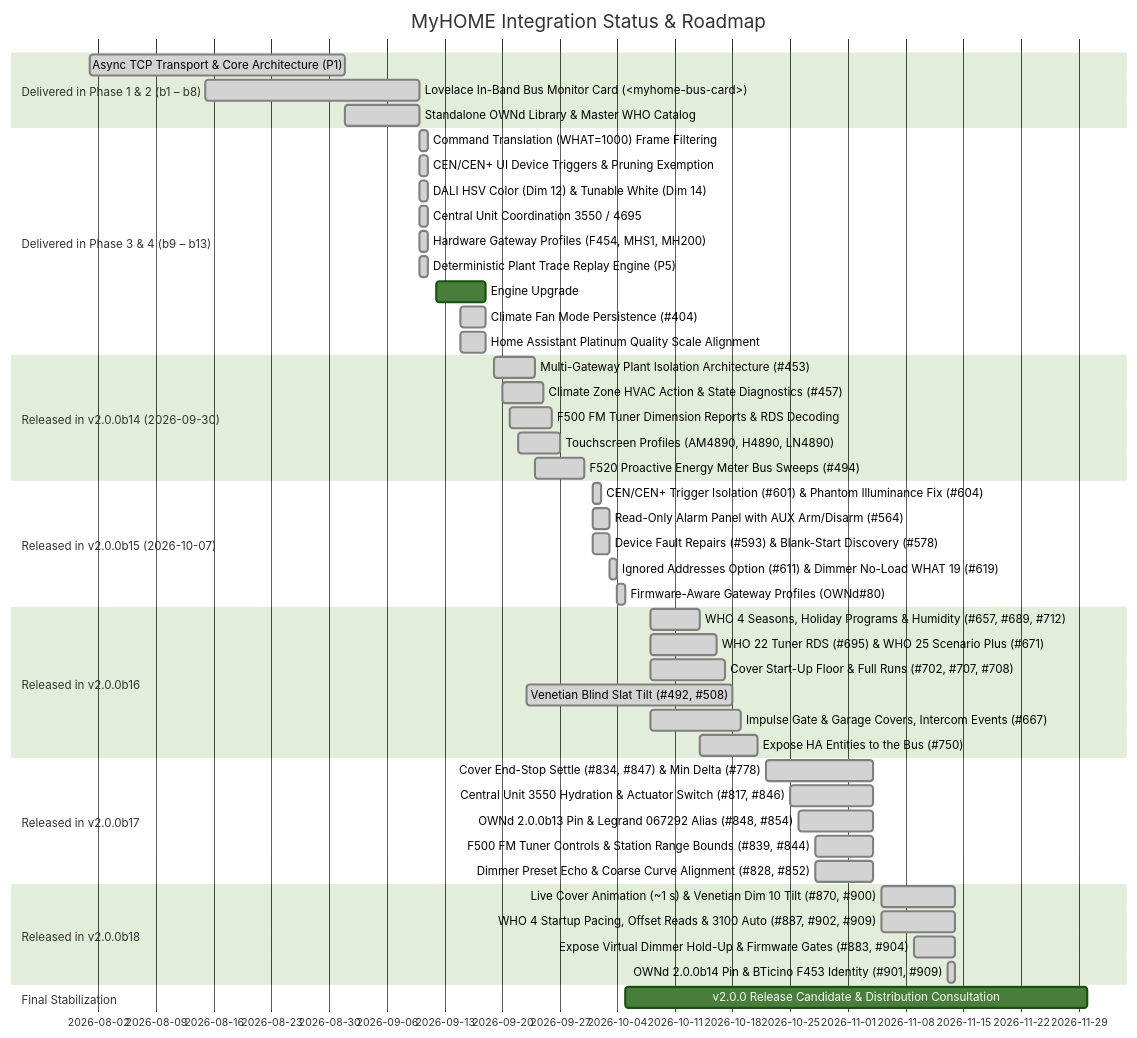
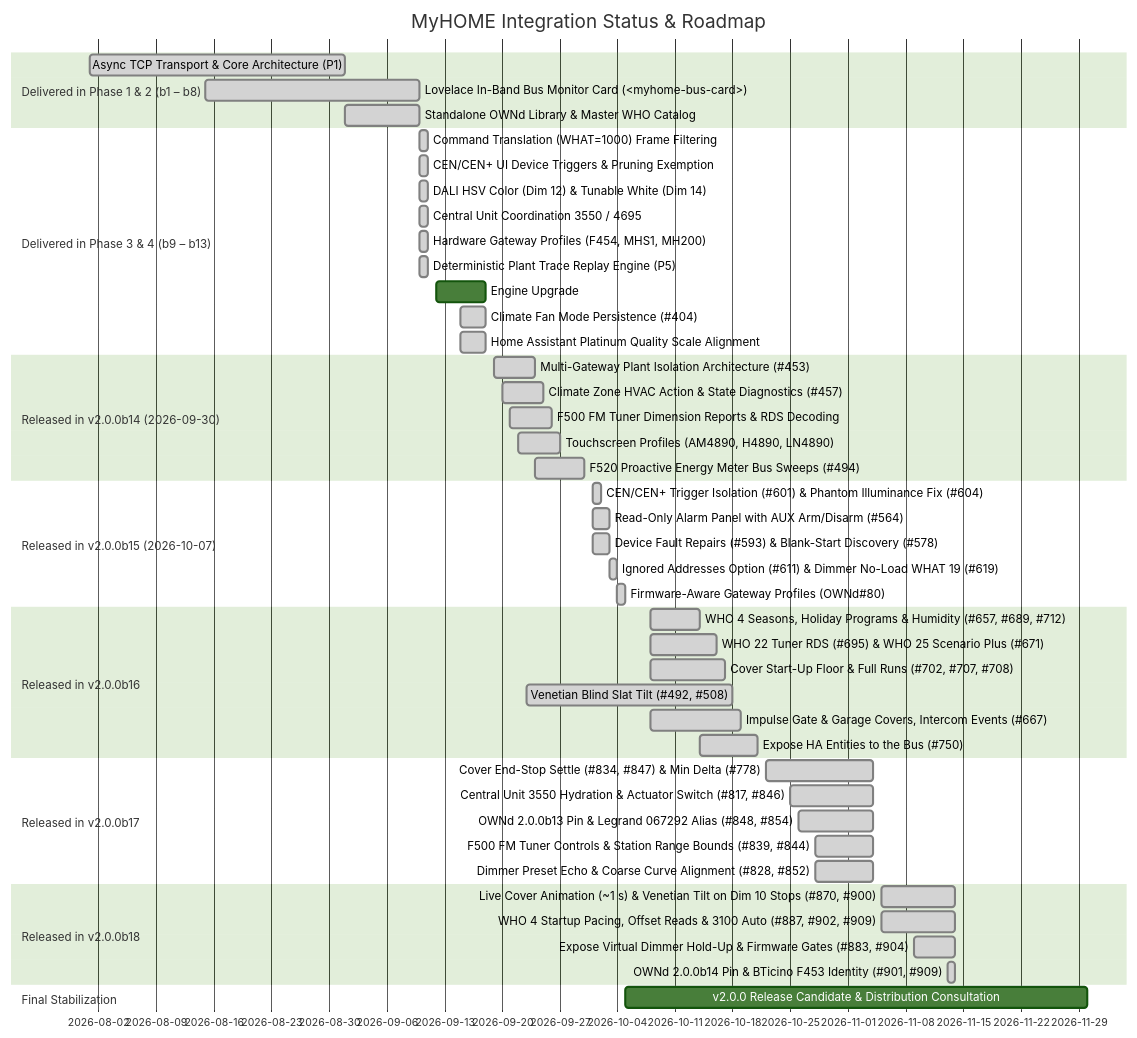
The first of 3 diagrams in docs/roadmap.md (OpenWebNet-HA/MyHOME), drawn with Mermaid (forest theme) before and after one commit. The commit also changed other lines of this file and 74 other files, not shown here.

````diff
--- a/docs/roadmap.md
+++ b/docs/roadmap.md
@@ -16,51 +16,51 @@
 ```mermaid
 gantt
     title MyHOME Integration Status & Roadmap
     dateFormat  YYYY-MM-DD
     section Delivered in Phase 1 & 2 (b1 – b8)
     Async TCP Transport & Core Architecture (P1)     :done, 2026-08-01, 2026-09-01
     Lovelace In-Band Bus Monitor Card (<myhome-bus-card>) :done, 2026-08-15, 2026-09-10
     Standalone OWNd Library & Master WHO Catalog     :done, 2026-09-01, 2026-09-10
     section Delivered in Phase 3 & 4 (b9 – b13)
     Command Translation (WHAT=1000) Frame Filtering   :done, 2026-09-10, 2026-09-11
     CEN/CEN+ UI Device Triggers & Pruning Exemption  :done, 2026-09-10, 2026-09-11
     DALI HSV Color (Dim 12) & Tunable White (Dim 14) :done, 2026-09-10, 2026-09-11
     Central Unit Coordination 3550 / 4695            :done, 2026-09-10, 2026-09-11
     Hardware Gateway Profiles (F454, MHS1, MH200)   :done, 2026-09-10, 2026-09-11
     Deterministic Plant Trace Replay Engine (P5)     :done, 2026-09-10, 2026-09-11
     Engine Upgrade: OWNd 2.0.0b8 (HMAC SHA-1/SHA-256) :done, 2026-09-12, 2026-09-18
     Climate Fan Mode Persistence (#404)              :done, 2026-09-15, 2026-09-18
     Home Assistant Platinum Quality Scale Alignment  :done, 2026-09-15, 2026-09-18
     section Released in v2.0.0b14 (2026-09-30)
     Multi-Gateway Plant Isolation Architecture (#453) :done, 2026-09-19, 2026-09-24
     Climate Zone HVAC Action & State Diagnostics (#457) :done, 2026-09-20, 2026-09-25
     F500 FM Tuner Dimension Reports & RDS Decoding   :done, 2026-09-21, 2026-09-26
     Touchscreen Profiles (AM4890, H4890, LN4890)     :done, 2026-09-22, 2026-09-27
     F520 Proactive Energy Meter Bus Sweeps (#494)    :done, 2026-09-24, 2026-09-30
     section Released in v2.0.0b15 (2026-10-07)
     CEN/CEN+ Trigger Isolation (#601) & Phantom Illuminance Fix (#604) :done, 2026-10-01, 2026-10-02
     Read-Only Alarm Panel with AUX Arm/Disarm (#564)  :done, 2026-10-01, 2026-10-03
     Device Fault Repairs (#593) & Blank-Start Discovery (#578) :done, 2026-10-01, 2026-10-03
     Ignored Addresses Option (#611) & Dimmer No-Load WHAT 19 (#619) :done, 2026-10-03, 2026-10-04
     Firmware-Aware Gateway Profiles (OWNd#80)         :done, 2026-10-04, 2026-10-05
     section Released in v2.0.0b16
     WHO 4 Seasons, Holiday Programs & Humidity (#657, #689, #712) :done, 2026-10-08, 2026-10-14
     WHO 22 Tuner RDS (#695) & WHO 25 Scenario Plus (#671) :done, 2026-10-08, 2026-10-16
     Cover Start-Up Floor & Full Runs (#702, #707, #708) :done, 2026-10-08, 2026-10-17
     Venetian Blind Slat Tilt (#492, #508)             :done, 2026-09-23, 2026-10-18
     Impulse Gate & Garage Covers, Intercom Events (#667) :done, 2026-10-08, 2026-10-19
     Expose HA Entities to the Bus (#750)              :done, 2026-10-14, 2026-10-21
     section Released in v2.0.0b17
     Cover End-Stop Settle (#834, #847) & Min Delta (#778) :done, 2026-10-22, 2026-11-04
     Central Unit 3550 Hydration & Actuator Switch (#817, #846) :done, 2026-10-25, 2026-11-04
     OWNd 2.0.0b13 Pin & Legrand 067292 Alias (#848, #854) :done, 2026-10-26, 2026-11-04
     F500 FM Tuner Controls & Station Range Bounds (#839, #844) :done, 2026-10-28, 2026-11-04
     Dimmer Preset Echo & Coarse Curve Alignment (#828, #852) :done, 2026-10-28, 2026-11-04
     section Released in v2.0.0b18
-    Live Cover Animation (~1 s) & Venetian Dim 10 Tilt (#870, #900) :done, 2026-11-05, 2026-11-14
+    Live Cover Animation (~1 s) & Venetian Tilt on Dim 10 Stops (#870, #900) :done, 2026-11-05, 2026-11-14
     WHO 4 Startup Pacing, Offset Reads & 3100 Auto (#887, #902, #909) :done, 2026-11-05, 2026-11-14
     Expose Virtual Dimmer Hold-Up & Firmware Gates (#883, #904) :done, 2026-11-09, 2026-11-14
     OWNd 2.0.0b14 Pin & BTicino F453 Identity (#901, #909) :done, 2026-11-13, 2026-11-14
     section Final Stabilization
     v2.0.0 Release Candidate & Distribution Consultation :2026-10-05, 2026-11-30
 ```
````
